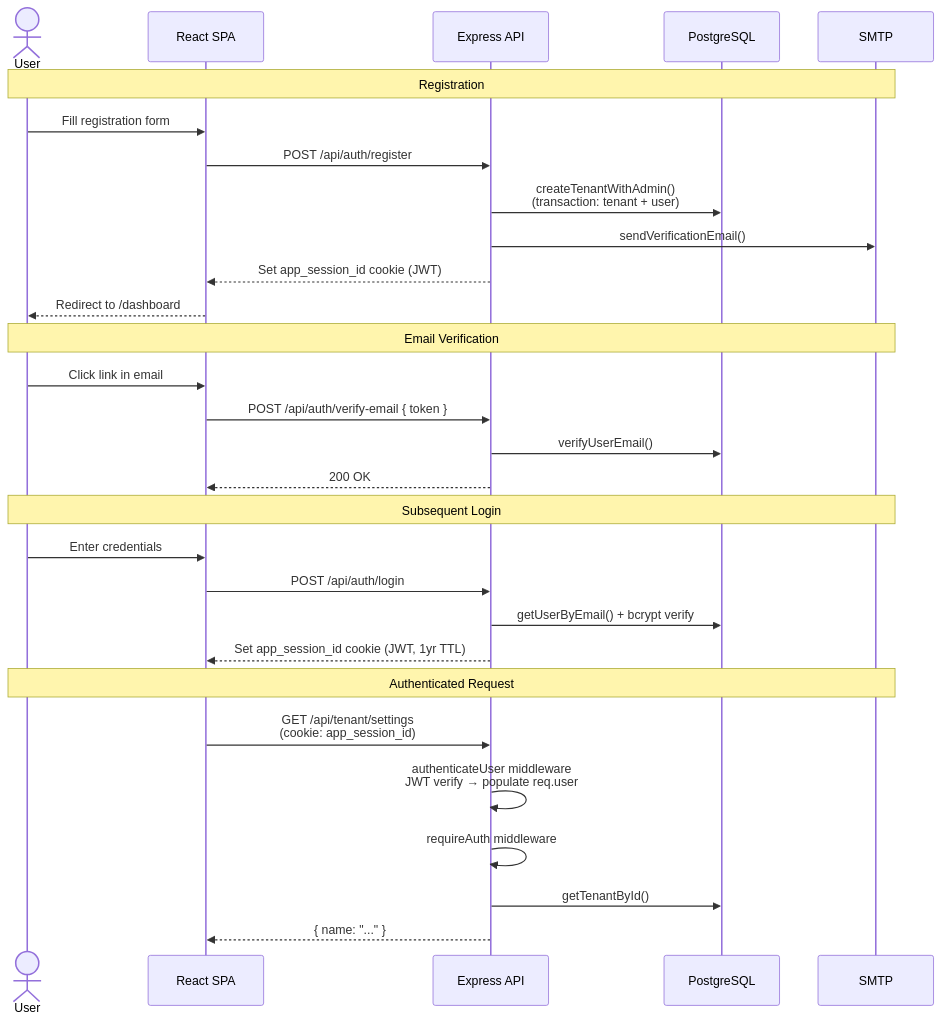
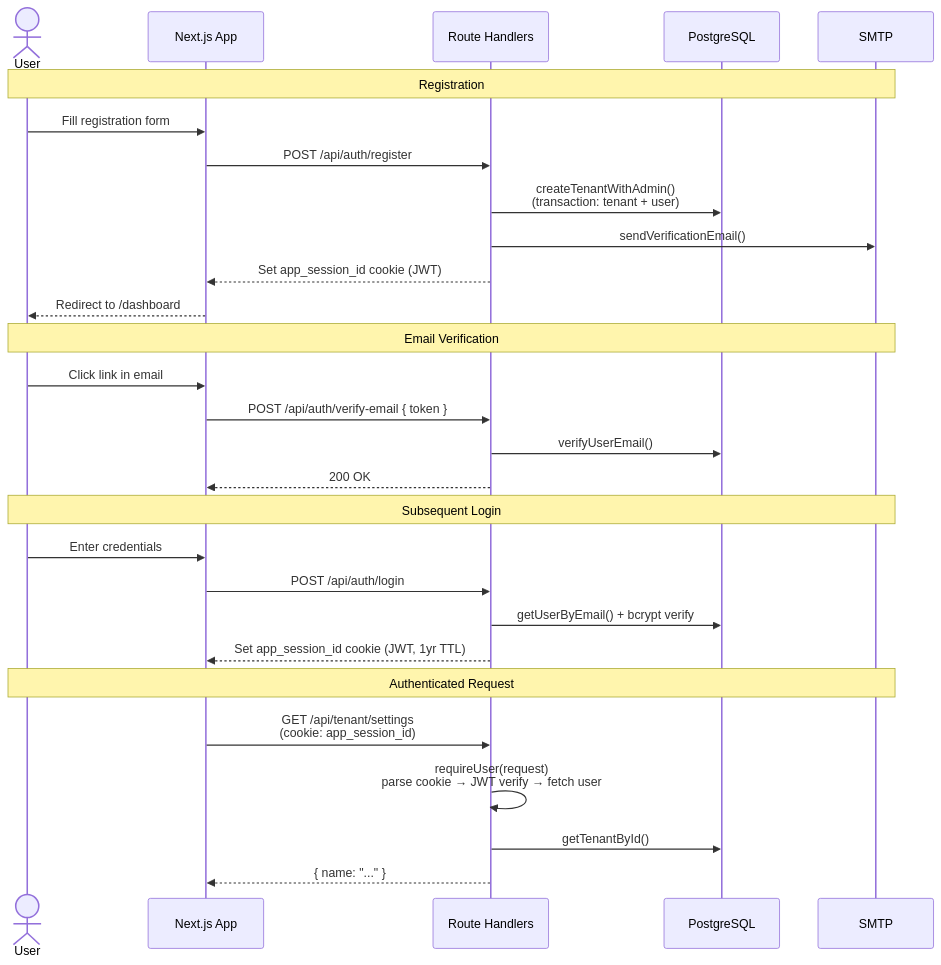
One commit to erium/app-template changed the third of 6 diagrams in docs/architecture-logical.md. Above: the diagram before and after it, drawn with Mermaid. The commit also changed other lines of this file and 7 other files, not shown here.

First line of the commit message:
docs: update all documentation for Next.js App Router migration

````diff
--- a/docs/architecture-logical.md
+++ b/docs/architecture-logical.md
@@ -81,35 +81,34 @@
 ```mermaid
 sequenceDiagram
     actor User
-    participant Client as React SPA
-    participant API as Express API
+    participant Client as Next.js App
+    participant API as Route Handlers
     participant DB as PostgreSQL
     participant Email as SMTP
 
     Note over User,Email: Registration
     User->>Client: Fill registration form
     Client->>API: POST /api/auth/register
     API->>DB: createTenantWithAdmin()<br/>(transaction: tenant + user)
     API->>Email: sendVerificationEmail()
     API-->>Client: Set app_session_id cookie (JWT)
     Client-->>User: Redirect to /dashboard
 
     Note over User,Email: Email Verification
     User->>Client: Click link in email
     Client->>API: POST /api/auth/verify-email { token }
     API->>DB: verifyUserEmail()
     API-->>Client: 200 OK
 
     Note over User,Email: Subsequent Login
     User->>Client: Enter credentials
     Client->>API: POST /api/auth/login
     API->>DB: getUserByEmail() + bcrypt verify
     API-->>Client: Set app_session_id cookie (JWT, 1yr TTL)
 
     Note over User,Email: Authenticated Request
     Client->>API: GET /api/tenant/settings<br/>(cookie: app_session_id)
-    API->>API: authenticateUser middleware<br/>JWT verify → populate req.user
-    API->>API: requireAuth middleware
+    API->>API: requireUser(request)<br/>parse cookie → JWT verify → fetch user
     API->>DB: getTenantById()
     API-->>Client: { name: "..." }
 ```
````
